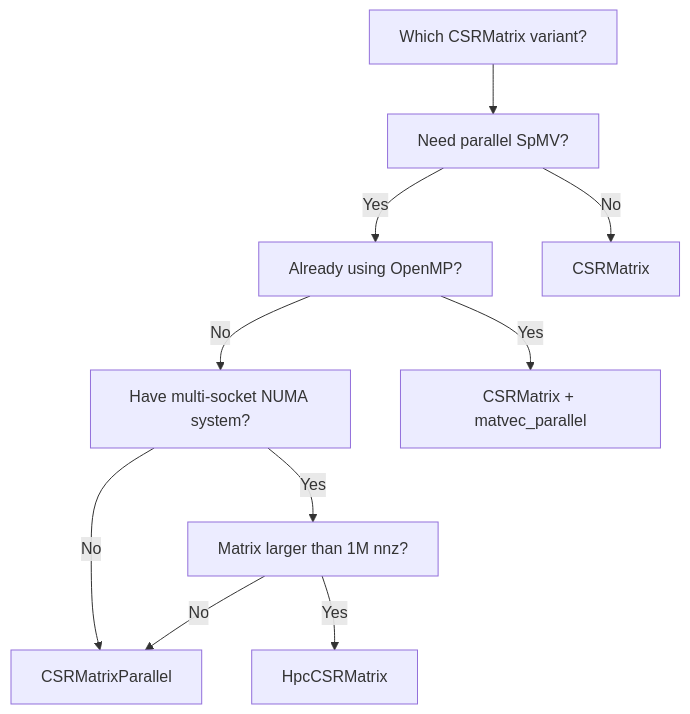
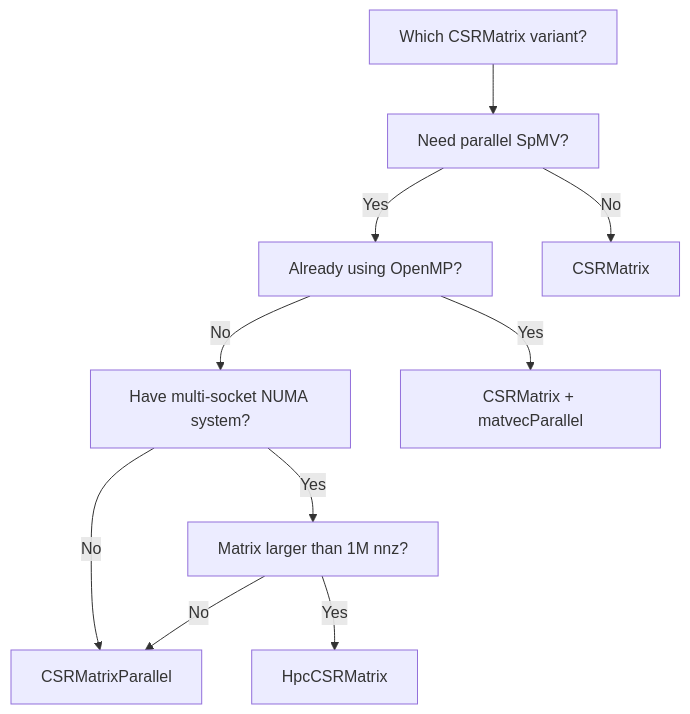
Diagram 12 of 12 in components/CSRMatrix/docs/User Manual - CSRMatrix.md (schroedermatthew/FatP), drawn with Mermaid before and after one commit. The commit also changed other lines of this file and 103 other files, not shown here.

````diff
--- a/components/CSRMatrix/docs/User Manual - CSRMatrix.md
+++ b/components/CSRMatrix/docs/User Manual - CSRMatrix.md
@@ -781,22 +781,22 @@
 ```mermaid
 flowchart TD
     Start["Which CSRMatrix variant?"]
     
     Q1["Need parallel SpMV?"]
     Q2["Have multi-socket NUMA system?"]
     Q3["Matrix larger than 1M nnz?"]
     Q4["Already using OpenMP?"]
     
     Start --> Q1
     Q1 -->|"No"| UseBase["CSRMatrix"]
     Q1 -->|"Yes"| Q4
     
-    Q4 -->|"Yes"| UseOMP["CSRMatrix + matvec_parallel"]
+    Q4 -->|"Yes"| UseOMP["CSRMatrix + matvecParallel"]
     Q4 -->|"No"| Q2
     
     Q2 -->|"No"| UseTP["CSRMatrixParallel"]
     Q2 -->|"Yes"| Q3
     
     Q3 -->|"No"| UseTP
     Q3 -->|"Yes"| UseHpc["HpcCSRMatrix"]
 ```
````
